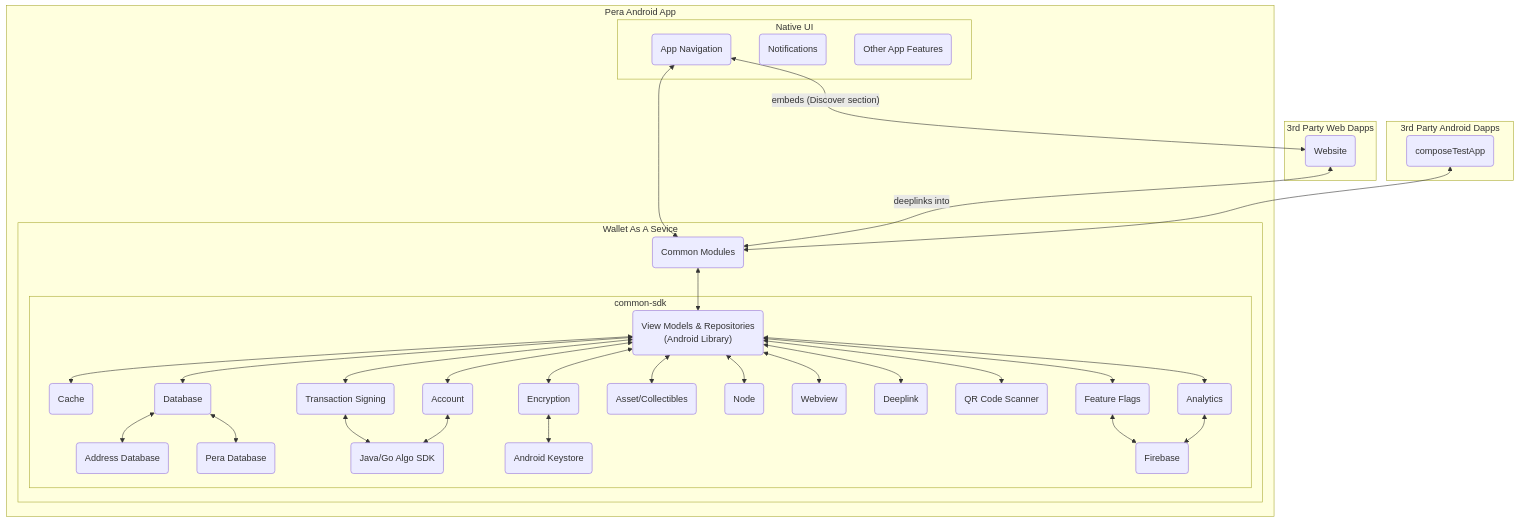
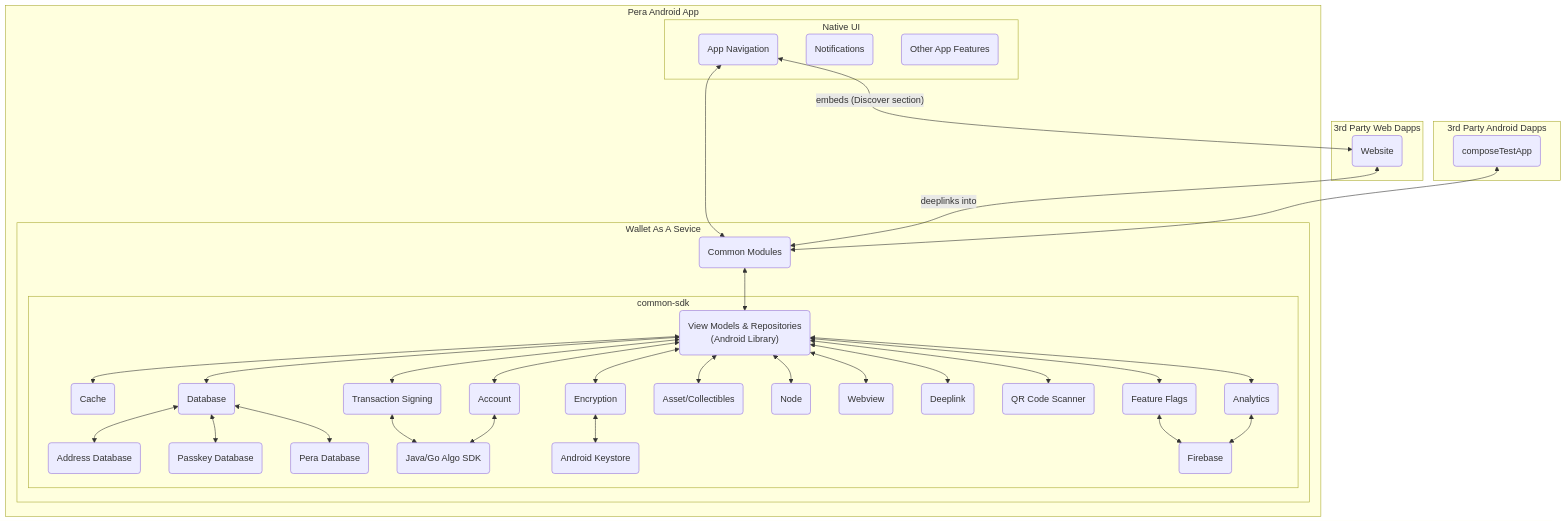
The first of 6 diagrams in ARCHITECTURE.md (perawallet/pera-android), drawn with Mermaid before and after one commit. The commit also changed other lines of this file, not shown here.

Commit message:
PERA-2141 :: Add passkey diagrams to architecture

```diff
--- a/ARCHITECTURE.md
+++ b/ARCHITECTURE.md
@@ -26,6 +26,7 @@
                 E6("Asset/Collectibles")
                 E7("Node")
                 F1("Address Database")
+                F5("Passkey Database")
                 F2("Pera Database")
                 F3("Java/Go Algo SDK")
                 F4("Android Keystore")
@@ -54,9 +55,11 @@
 
                 E3 <--> F1
                 E3 <--> F2
+                E3 <--> F5
                 E4 <--> F3
                 E2 <--> F3
                 E5 <--> F4
+                
             end
          D0 <--> D1
         end
```
